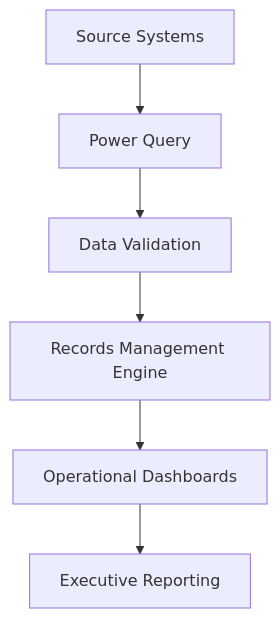
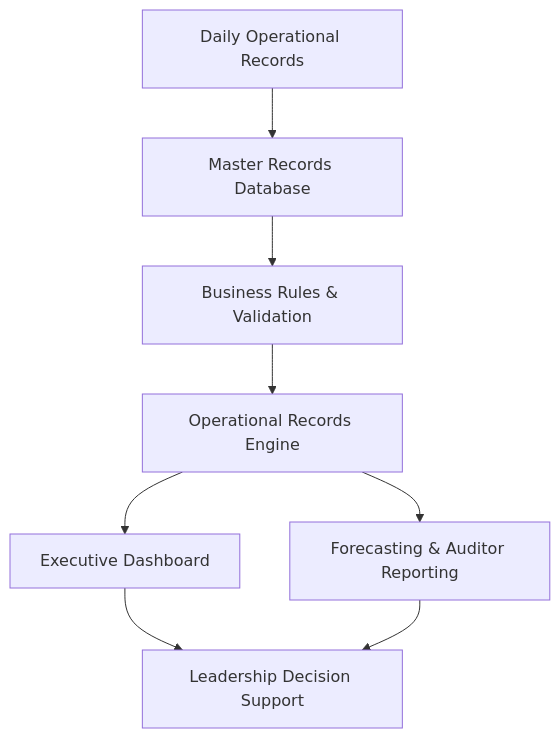
The first of 2 diagrams in README.md (adominguez17/BA-002-Enterprise-Records-Management-Compliance-System), drawn with Mermaid before and after one commit. The commit also changed other lines of this file, not shown here.

````diff
--- a/README.md
+++ b/README.md
@@ -49,16 +50,19 @@
 ```mermaid
 flowchart TD
 
-A[Source Systems]
-B[Power Query]
-C[Data Validation]
-D[Records Management Engine]
-E[Operational Dashboards]
-F[Executive Reporting]
+A[Daily Operational Records]
+B[Master Records Database]
+C[Business Rules & Validation]
+D[Operational Records Engine]
+E[Executive Dashboard]
+F[Forecasting & Auditor Reporting]
+G[Leadership Decision Support]
 
 A --> B
 B --> C
 C --> D
 D --> E
-E --> F
+D --> F
+E --> G
+F --> G
 ```
````
